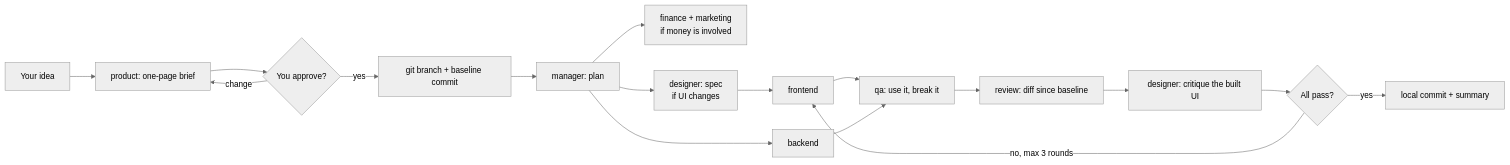
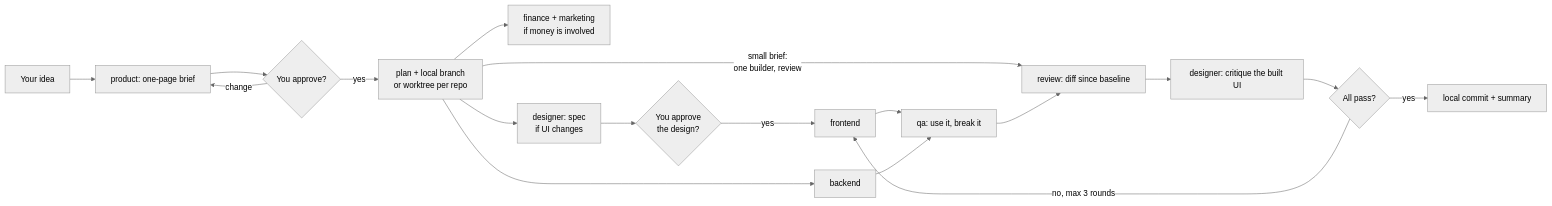
The diagram in README.md (mategog/dev-team), drawn with Mermaid (neutral theme) before and after one commit. The commit also changed other lines of this file and 20 other files, not shown here.

````diff
--- a/README.md
+++ b/README.md
@@ -32,19 +32,20 @@
 ```mermaid
 flowchart LR
   A[Your idea] --> P[product: one-page brief]
   P --> G{You approve?}
   G -- change --> P
-  G -- yes --> B[git branch + baseline commit]
-  B --> M[manager: plan]
+  G -- yes --> M[plan + local branch<br/>or worktree per repo]
   M --> F[finance + marketing<br/>if money is involved]
   M --> D[designer: spec<br/>if UI changes]
-  D --> FE[frontend]
+  D --> DG{You approve<br/>the design?}
+  DG -- yes --> FE[frontend]
   M --> BE[backend]
+  M -- small brief:<br/>one builder, review --> R
   FE --> Q[qa: use it, break it]
   BE --> Q
   Q --> R[review: diff since baseline]
   R --> C[designer: critique the built UI]
   C --> X{All pass?}
   X -- no, max 3 rounds --> FE
   X -- yes --> K[local commit + summary]
 ```
````
